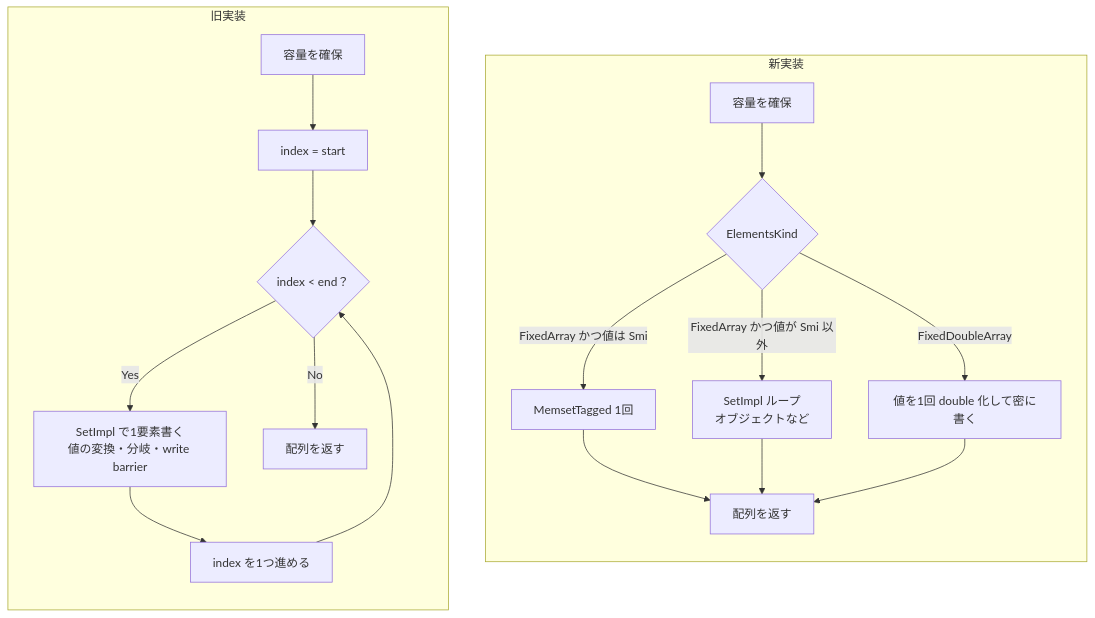
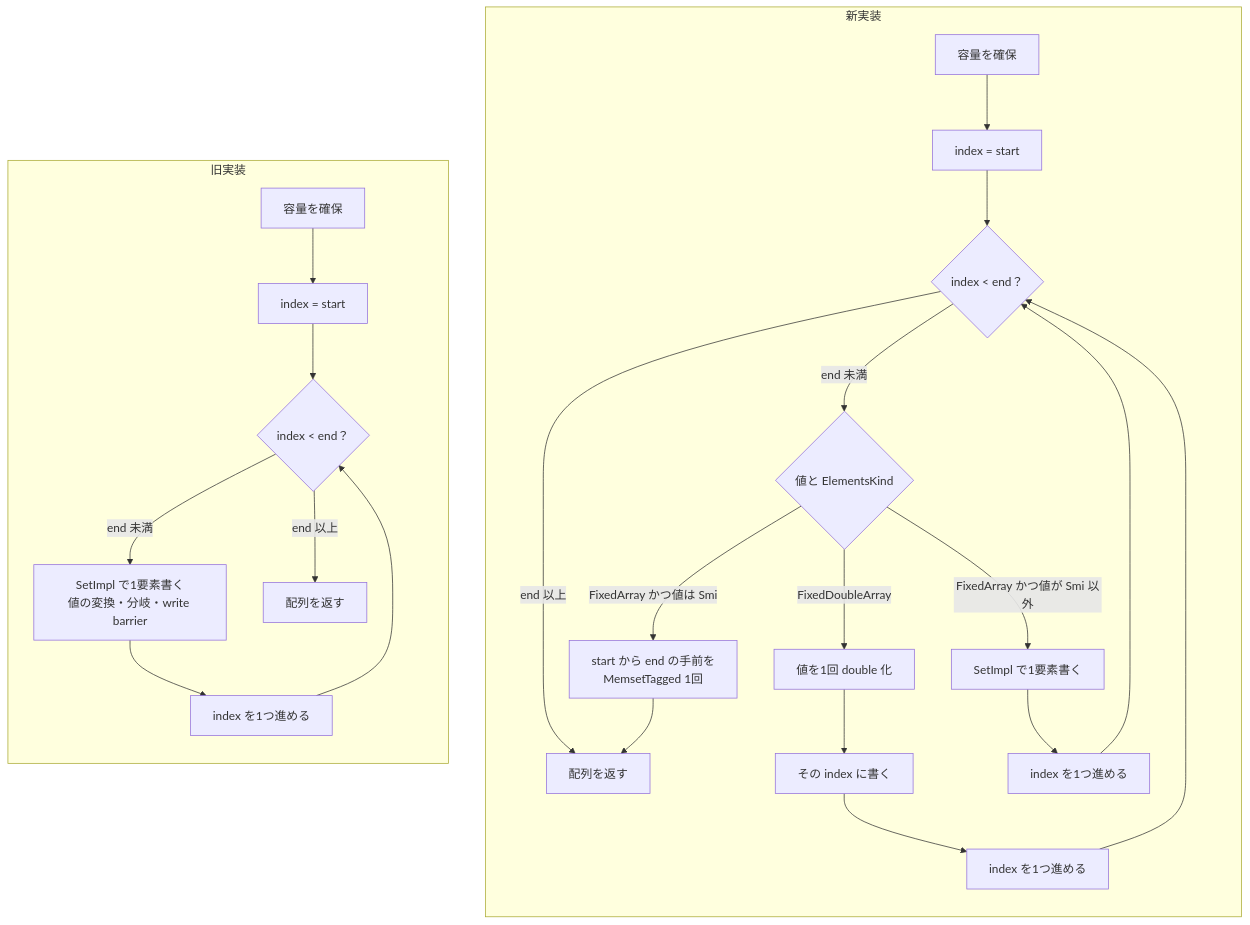
The second of 3 diagrams in articles/5b8edc7856c25b.md (riya-amemiya/amemiya_riya_zenn_data), drawn with Mermaid before and after one commit. The commit also changed 1 other file, not shown here.

````diff
--- a/articles/5b8edc7856c25b.md
+++ b/articles/5b8edc7856c25b.md
@@ -110,25 +110,31 @@
 ```mermaid
 flowchart LR
     subgraph asIs ["旧実装"]
         direction TB
         A1["容量を確保"] --> A2["index = start"]
         A2 --> A3{"index < end？"}
-        A3 -- Yes --> A4["SetImpl で1要素書く<br>値の変換・分岐・write barrier"]
+        A3 -- "end 未満" --> A4["SetImpl で1要素書く<br>値の変換・分岐・write barrier"]
         A4 --> A5["index を1つ進める"]
         A5 --> A3
-        A3 -- No --> A6["配列を返す"]
+        A3 -- "end 以上" --> A6["配列を返す"]
     end
 
     asIs ~~~ toBe
 
     subgraph toBe ["新実装"]
         direction TB
-        B1["容量を確保"] --> B2{"ElementsKind"}
-        B2 -- "FixedArray かつ値は Smi" --> B3["MemsetTagged 1回"]
-        B2 -- "FixedArray かつ値が Smi 以外" --> B4["SetImpl ループ<br>オブジェクトなど"]
-        B2 -- "FixedDoubleArray" --> B5["値を1回 double 化して密に書く"]
-        B3 --> B6["配列を返す"]
-        B4 --> B6
+        B1["容量を確保"] --> B2["index = start"]
+        B2 --> B3{"index < end？"}
+        B3 -- "end 以上" --> B6["配列を返す"]
+        B3 -- "end 未満" --> B4{"値と ElementsKind"}
+        B4 -- "FixedArray かつ値は Smi" --> B5["start から end の手前を<br>MemsetTagged 1回"]
         B5 --> B6
+        B4 -- "FixedDoubleArray" --> B7["値を1回 double 化"]
+        B7 --> B8["その index に書く"]
+        B8 --> B9["index を1つ進める"]
+        B9 --> B3
+        B4 -- "FixedArray かつ値が Smi 以外" --> B10["SetImpl で1要素書く"]
+        B10 --> B11["index を1つ進める"]
+        B11 --> B3
     end
 ```
````
